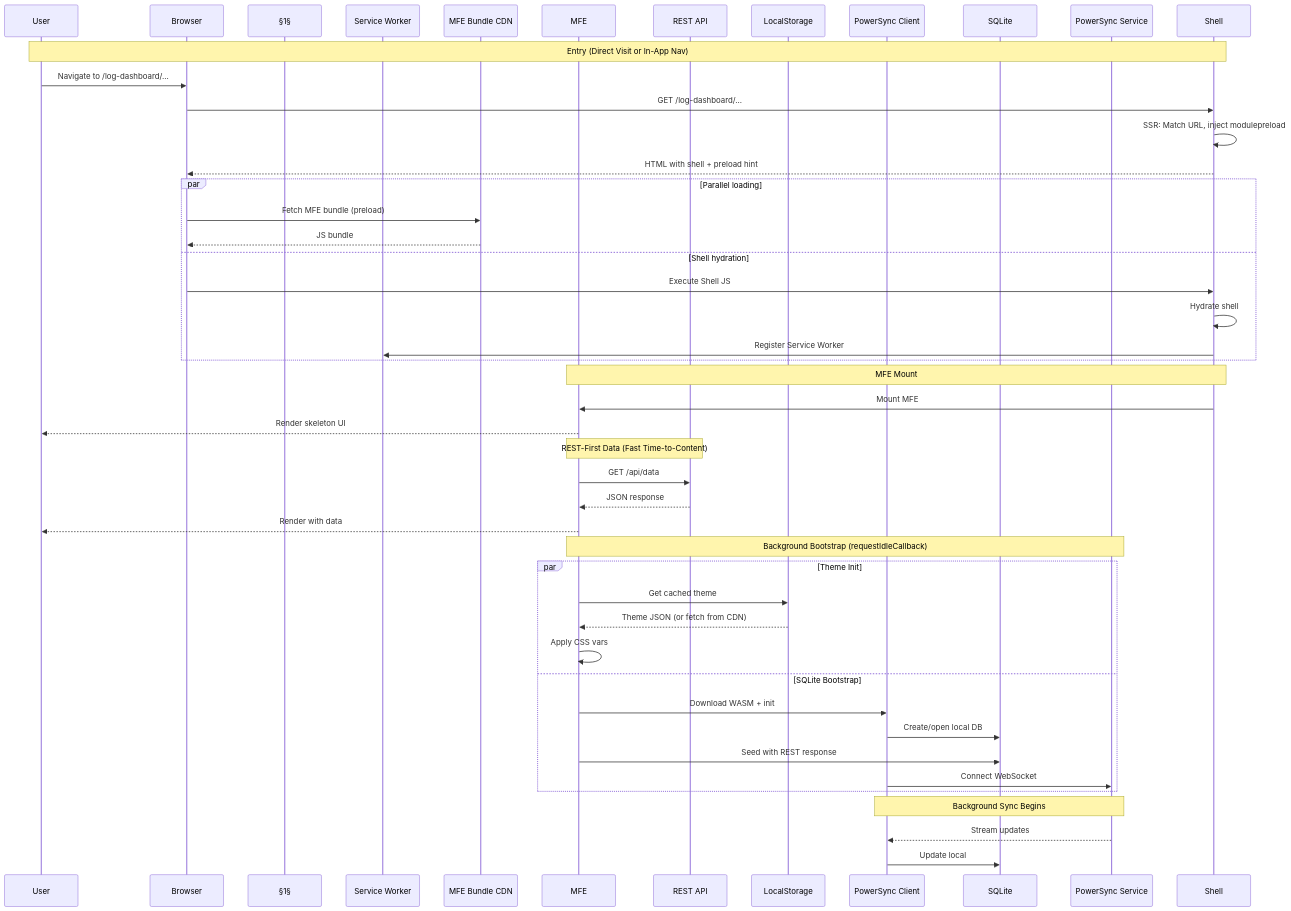
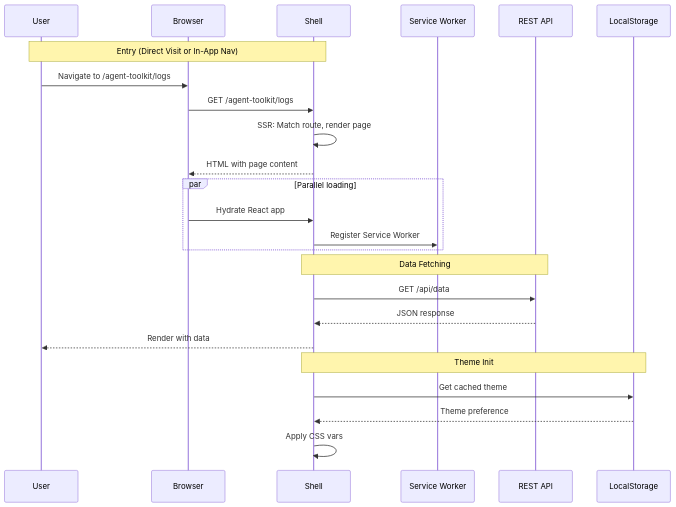
One commit to fr0mpy/so-log-db changed the first of 6 diagrams in docs/architecture.md. Above: the diagram before and after it, drawn with Mermaid. The commit also changed other lines of this file and 2 other files, not shown here.

Commit message:
docs: update README, architecture, and context for multi-zone setup

````diff
--- a/docs/architecture.md
+++ b/docs/architecture.md
@@ -7,54 +7,30 @@
 ```mermaid
 sequenceDiagram
     participant User
     participant Browser
-    participant §1§
+    participant Shell
     participant SW as Service Worker
-    participant Bundle as MFE Bundle CDN
-    participant MFE
     participant API as REST API
     participant LS as LocalStorage
-    participant PS as PowerSync Client
-    participant SQL as SQLite
-    participant PSS as PowerSync Service
 
     Note over User,Shell: Entry (Direct Visit or In-App Nav)
-    User->>Browser: Navigate to /log-dashboard/...
-    Browser->>Shell: GET /log-dashboard/...
-    Shell->>Shell: SSR: Match URL, inject modulepreload
-    Shell-->>Browser: HTML with shell + preload hint
+    User->>Browser: Navigate to /agent-toolkit/logs
+    Browser->>Shell: GET /agent-toolkit/logs
+    Shell->>Shell: SSR: Match route, render page
+    Shell-->>Browser: HTML with page content
 
     par Parallel loading
-        Browser->>Bundle: Fetch MFE bundle (preload)
-        Bundle-->>Browser: JS bundle
-    and Shell hydration
-        Browser->>Shell: Execute Shell JS
-        Shell->>Shell: Hydrate shell
+        Browser->>Shell: Hydrate React app
         Shell->>SW: Register Service Worker
     end
 
-    Note over Shell,MFE: MFE Mount
-    Shell->>MFE: Mount MFE
-    MFE-->>User: Render skeleton UI
+    Note over Shell,API: Data Fetching
+    Shell->>API: GET /api/data
+    API-->>Shell: JSON response
+    Shell-->>User: Render with data
 
-    Note over MFE,API: REST-First Data (Fast Time-to-Content)
-    MFE->>API: GET /api/data
-    API-->>MFE: JSON response
-    MFE-->>User: Render with data
-
-    Note over MFE,PSS: Background Bootstrap (requestIdleCallback)
-    par Theme Init
-        MFE->>LS: Get cached theme
-        LS-->>MFE: Theme JSON (or fetch from CDN)
-        MFE->>MFE: Apply CSS vars
-    and SQLite Bootstrap
-        MFE->>PS: Download WASM + init
-        PS->>SQL: Create/open local DB
-        MFE->>SQL: Seed with REST response
-        PS->>PSS: Connect WebSocket
-    end
-
-    Note over PS,PSS: Background Sync Begins
-    PSS-->>PS: Stream updates
-    PS->>SQL: Update local
+    Note over Shell,LS: Theme Init
+    Shell->>LS: Get cached theme
+    LS-->>Shell: Theme preference
+    Shell->>Shell: Apply CSS vars
 ```
````
